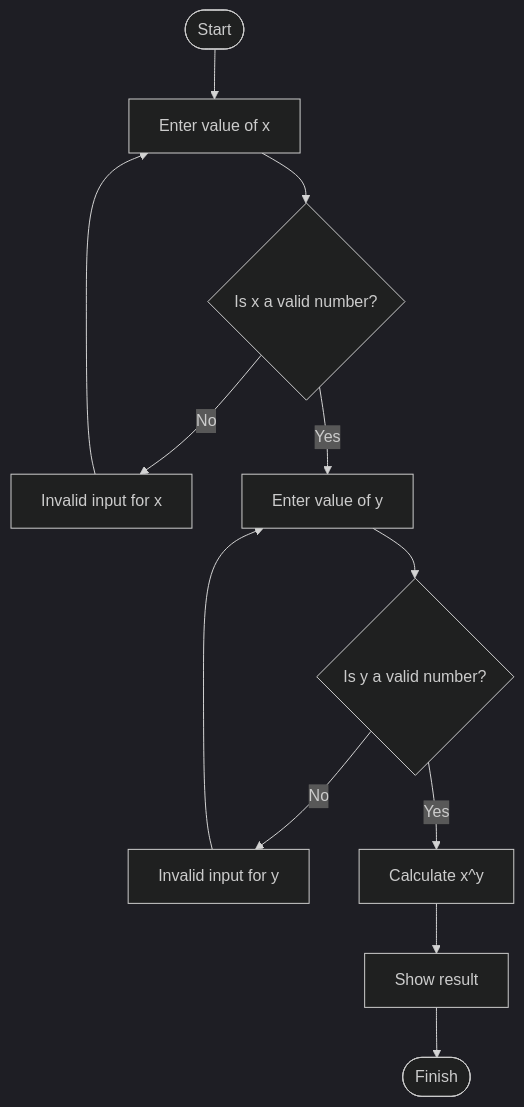
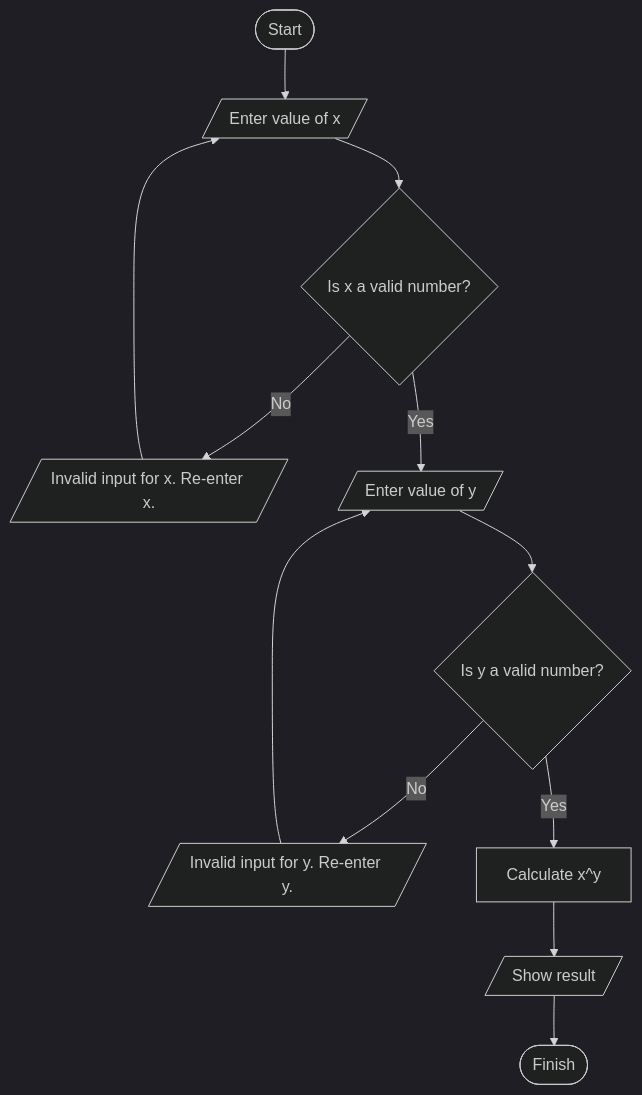
Before and after one commit to SWEG-2016EC-Batch/Technocrat: the diagram in ETS1324_Surafel_Sintayehu/power_calc.md, drawn with Mermaid (dark theme).

````diff
--- a/ETS1324_Surafel_Sintayehu/power_calc.md
+++ b/ETS1324_Surafel_Sintayehu/power_calc.md
@@ -25,14 +25,17 @@
 ```mermaid
 flowchart TD
-    start([Start]) --> inputX[Enter value of x]
+    start([Start]) --> inputX[/Enter value of x/]
     inputX --> validateX{Is x a valid number?}
-    validateX -->|No| errorX[Invalid input for x] --> inputX
-    validateX -->|Yes| inputY[Enter value of y]
+    validateX -->|No| errorX[/Invalid input for x. Re-enter x./]
+    errorX --> inputX
+    validateX -->|Yes| inputY[/Enter value of y/]
     inputY --> validateY{Is y a valid number?}
-    validateY -->|No| errorY[Invalid input for y] --> inputY
+    validateY -->|No| errorY[/Invalid input for y. Re-enter y./]
+    errorY --> inputY
     validateY -->|Yes| calculateResult[Calculate x^y]
-    calculateResult --> outputResult[Show result]
+    calculateResult --> outputResult[/Show result/]
     outputResult --> finish([Finish])
 
 
+
 ```
````
